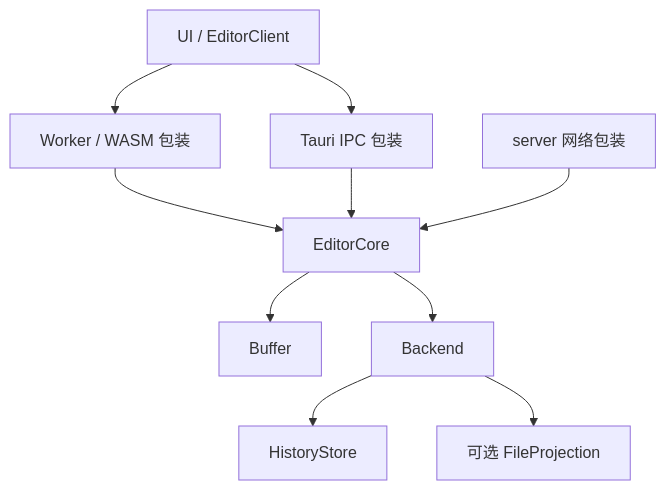
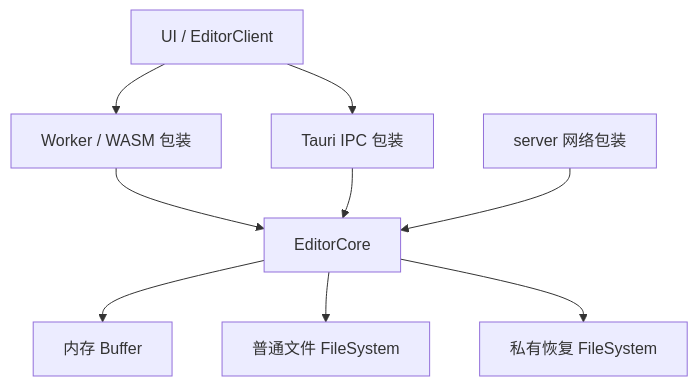
The first of 2 diagrams in docs/architecture.md (AzurIce/celestite), drawn with Mermaid before and after one commit. The commit also changed other lines of this file and 165 other files, not shown here.

````diff
--- a/docs/architecture.md
+++ b/docs/architecture.md
@@ -38,21 +37,19 @@
 ```mermaid
 flowchart TB
   UI[UI / EditorClient]
   W[Worker / WASM 包装]
   I[Tauri IPC 包装]
   S[server 网络包装]
   C[EditorCore]
-  D[Buffer]
-  B[Backend]
-  H[HistoryStore]
-  F[可选 FileProjection]
+  D[内存 Buffer]
+  F[普通文件 FileSystem]
+  R[私有恢复 FileSystem]
   UI --> W
   UI --> I
   W --> C
   I --> C
   S --> C
   C --> D
-  C --> B
-  B --> H
-  B --> F
+  C --> F
+  C --> R
 ```
````
